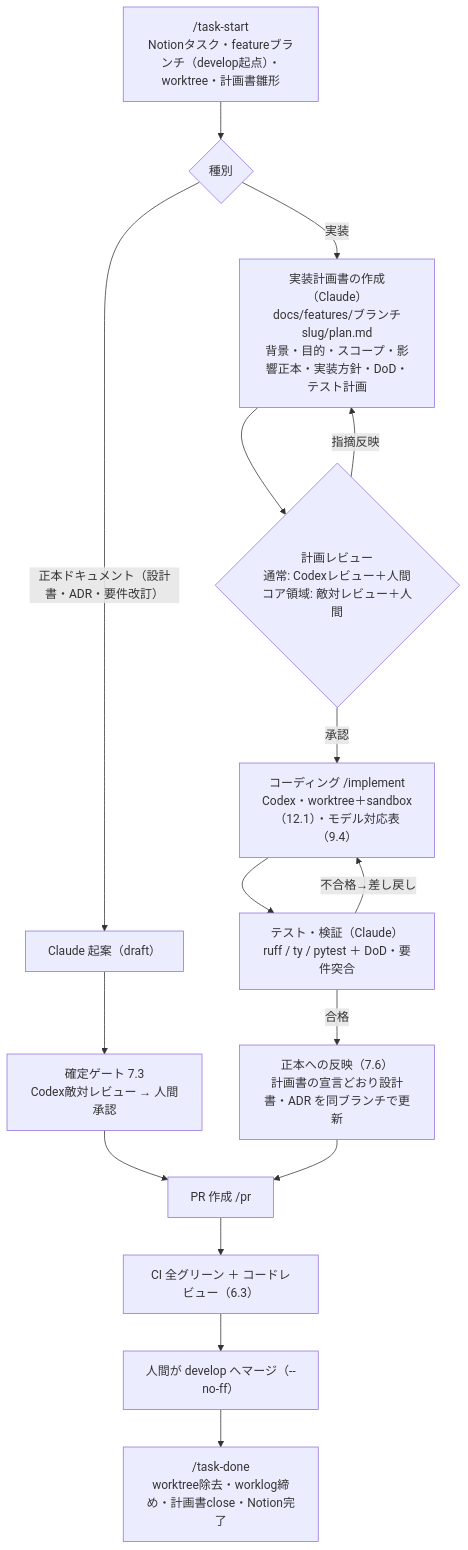
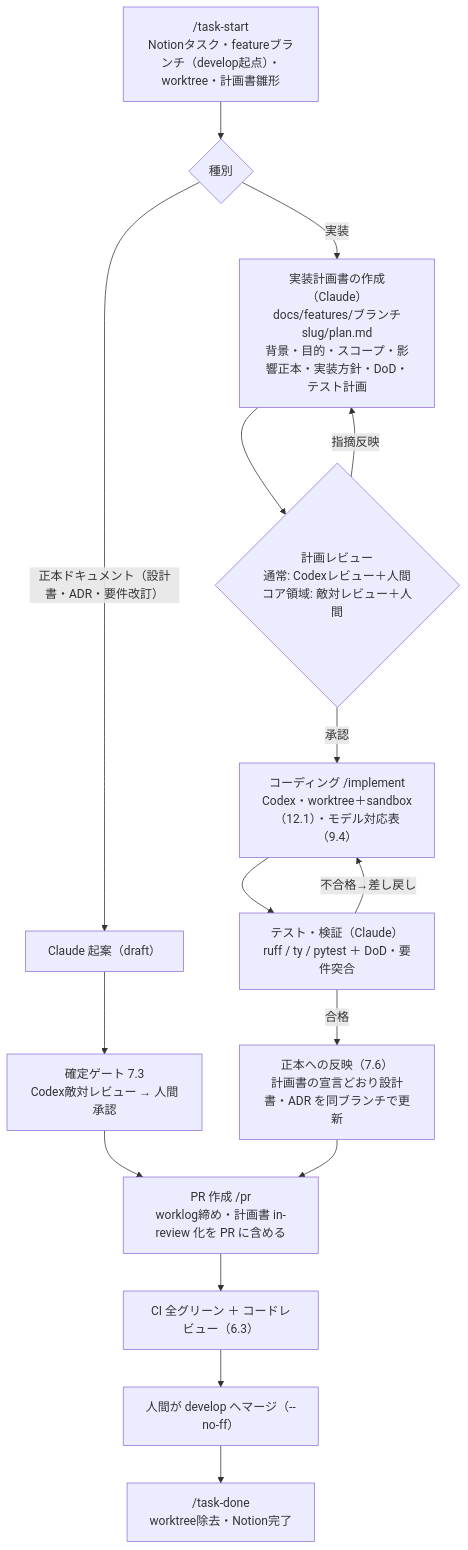
Before and after one commit to masaki1025/pitchlog: the diagram in docs/development/dev-harness-design-2026-08-07.md, drawn with Mermaid. The commit also changed other lines of this file and 14 other files, not shown here.

````diff
--- a/docs/development/dev-harness-design-2026-08-07.md
+++ b/docs/development/dev-harness-design-2026-08-07.md
@@ -206,18 +207,18 @@
 ```mermaid
 flowchart TD
     A["/task-start<br/>Notionタスク・featureブランチ（develop起点）・worktree・計画書雛形"] --> B{種別}
     B -- "正本ドキュメント（設計書・ADR・要件改訂）" --> C["Claude 起案（draft）"]
     C --> D["確定ゲート 7.3<br/>Codex敵対レビュー → 人間承認"]
     D --> J
     B -- 実装 --> P["実装計画書の作成（Claude）<br/>docs/features/ブランチslug/plan.md<br/>背景・目的・スコープ・影響正本・実装方針・DoD・テスト計画"]
     P --> Q{"計画レビュー<br/>通常: Codexレビュー＋人間<br/>コア領域: 敵対レビュー＋人間"}
     Q -- 指摘反映 --> P
     Q -- 承認 --> H["コーディング /implement<br/>Codex・worktree＋sandbox（12.1）・モデル対応表（9.4）"]
     H --> I["テスト・検証（Claude）<br/>ruff / ty / pytest ＋ DoD・要件突合"]
     I -- 不合格→差し戻し --> H
     I -- 合格 --> R["正本への反映（7.6）<br/>計画書の宣言どおり設計書・ADR を同ブランチで更新"]
-    R --> J["PR 作成 /pr"]
+    R --> J["PR 作成 /pr<br/>worklog締め・計画書 in-review 化を PR に含める"]
     J --> K["CI 全グリーン ＋ コードレビュー（6.3）"]
     K --> L["人間が develop へマージ（--no-ff）"]
-    L --> M["/task-done<br/>worktree除去・worklog締め・計画書close・Notion完了"]
+    L --> M["/task-done<br/>worktree除去・Notion完了"]
 ```
````
